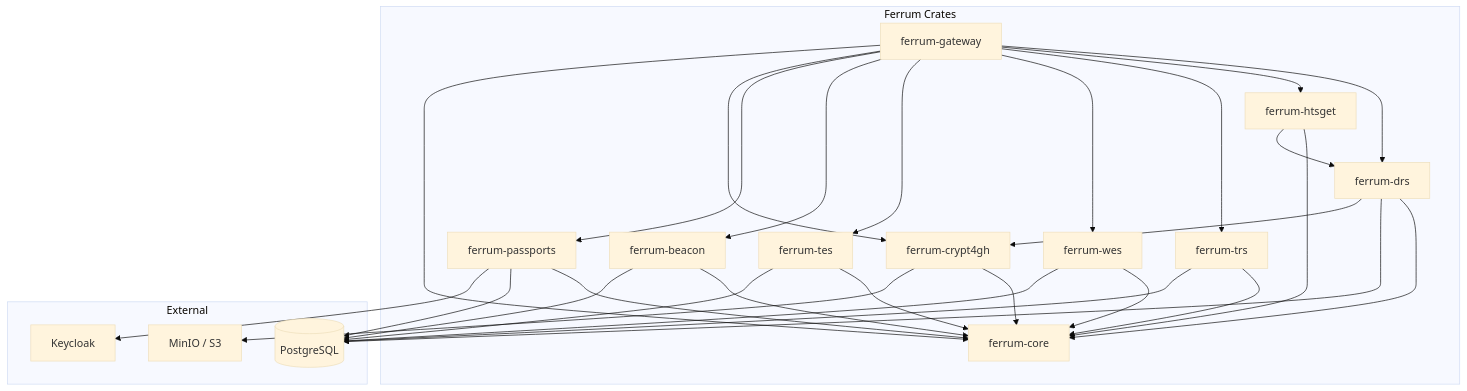
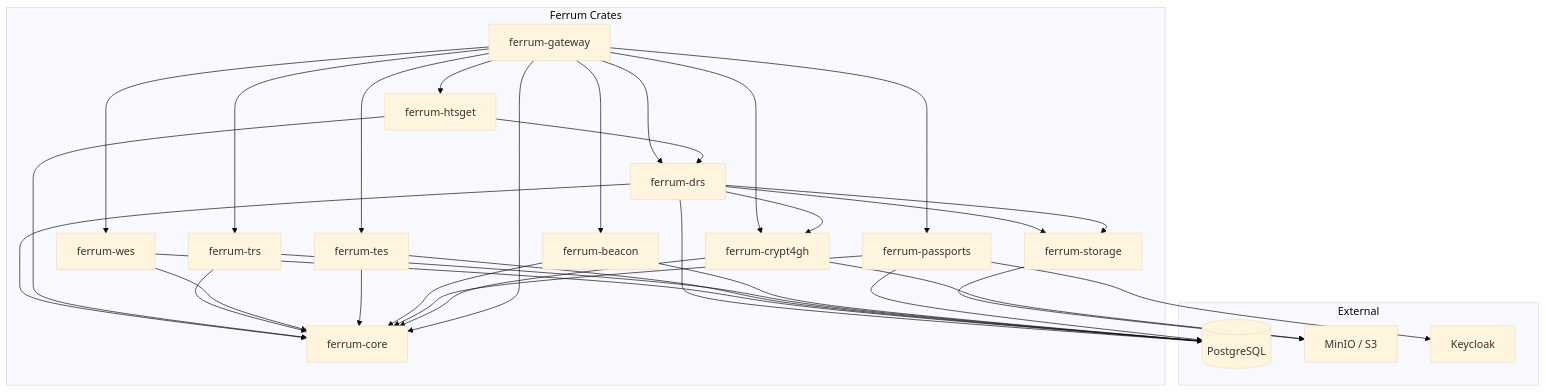
Before and after one commit to SynapticFour/Ferrum: the first of 12 diagrams in docs/ARCHITECTURE.md, drawn with Mermaid (base theme). The commit also changed other lines of this file and 27 other files, not shown here.

````diff
--- a/docs/ARCHITECTURE.md
+++ b/docs/ARCHITECTURE.md
@@ -9,51 +9,55 @@
 ```mermaid
 graph TD
   subgraph Crates["Ferrum Crates"]
     GW[ferrum-gateway]
     CORE[ferrum-core]
+    STOR[ferrum-storage]
     DRS[ferrum-drs]
     HTSGET[ferrum-htsget]
     TRS[ferrum-trs]
     WES[ferrum-wes]
     TES[ferrum-tes]
     BEACON[ferrum-beacon]
     PASS[ferrum-passports]
     C4[ferrum-crypt4gh]
   end
 
   subgraph External["External"]
     PG[(PostgreSQL)]
     MINIO[MinIO / S3]
     KC[Keycloak]
   end
 
   GW --> DRS
   GW --> HTSGET
   GW --> TRS
   GW --> WES
   GW --> TES
   GW --> BEACON
   GW --> PASS
   GW --> C4
   DRS --> CORE
+  DRS --> STOR
   HTSGET --> CORE
   TRS --> CORE
   WES --> CORE
   TES --> CORE
   BEACON --> CORE
   PASS --> CORE
   C4 --> CORE
   GW --> CORE
 
   HTSGET --> DRS
 
   DRS --> PG
   WES --> PG
   TES --> PG
   TRS --> PG
   BEACON --> PG
   PASS --> PG
   DRS --> C4
+  STOR --> MINIO
+  DRS --> STOR
   C4 --> MINIO
   PASS --> KC
 ```
````
